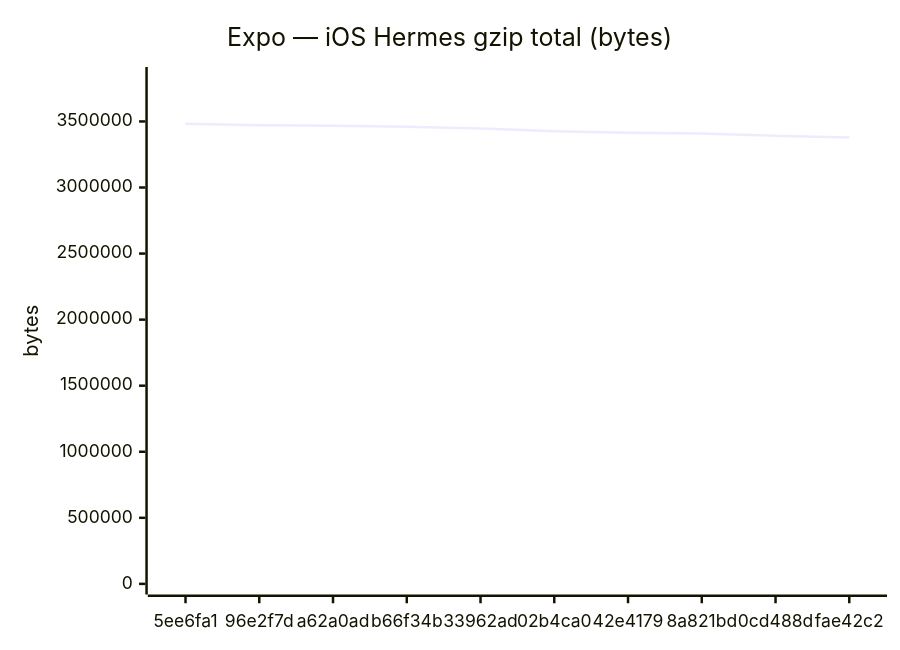
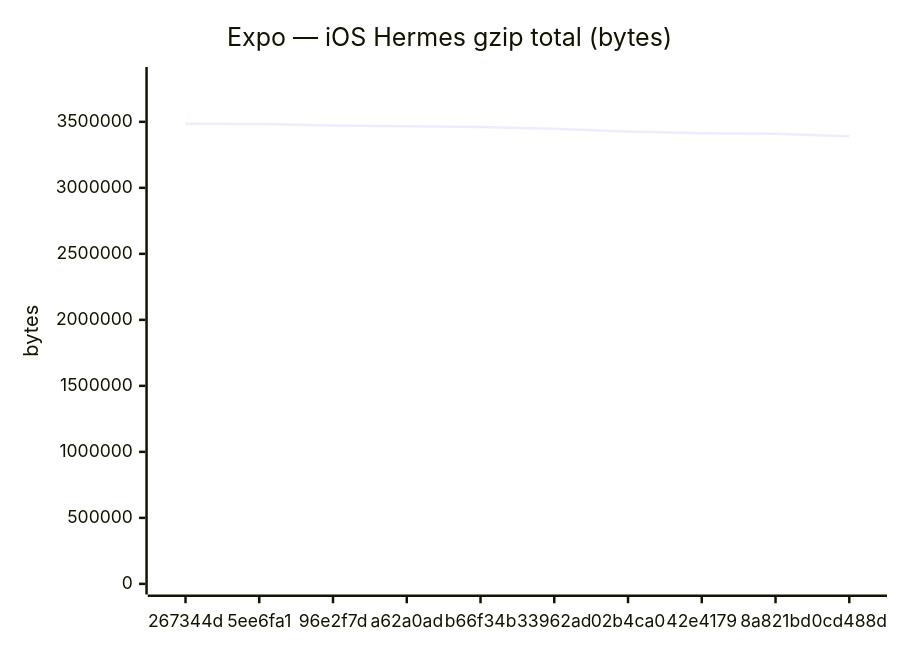
Before and after one commit to Metaheurist/Rianell: the sixth of 18 diagrams in benchmarks/compare.md, drawn with Mermaid. The commit also changed other lines of this file and 11 other files, not shown here.

````diff
--- a/benchmarks/compare.md
+++ b/benchmarks/compare.md
@@ -96,7 +96,7 @@
 ```mermaid
 xychart-beta
     title "Expo — iOS Hermes gzip total (bytes)"
-    x-axis ["5ee6fa1", "96e2f7d", "a62a0ad", "b66f34b", "33962ad", "02b4ca0", "42e4179", "8a821bd", "0cd488d", "fae42c2"]
-    y-axis "bytes" 0 --> 3831733
-    line [3483393, 3471867, 3466755, 3460455, 3446796, 3426562, 3414256, 3409221, 3391123, 3378280]
+    x-axis ["267344d", "5ee6fa1", "96e2f7d", "a62a0ad", "b66f34b", "33962ad", "02b4ca0", "42e4179", "8a821bd", "0cd488d"]
+    y-axis "bytes" 0 --> 3834851
+    line [3486228, 3483393, 3471867, 3466755, 3460455, 3446796, 3426562, 3414256, 3409221, 3391123]
 ```
````
